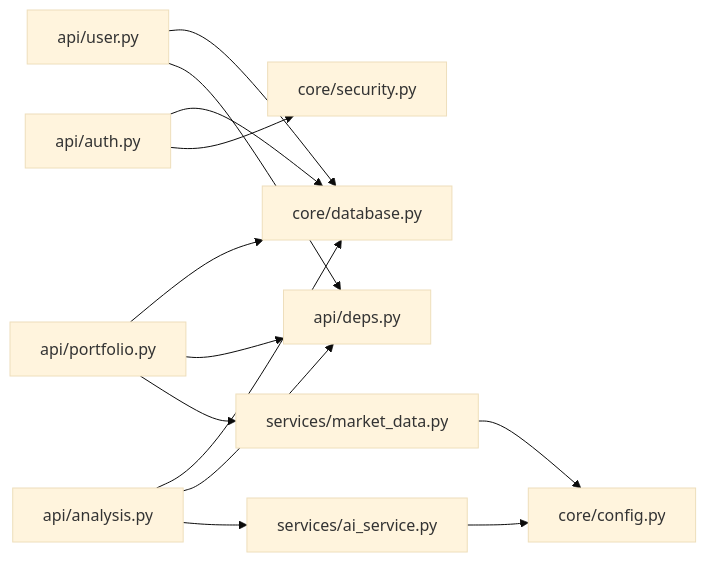
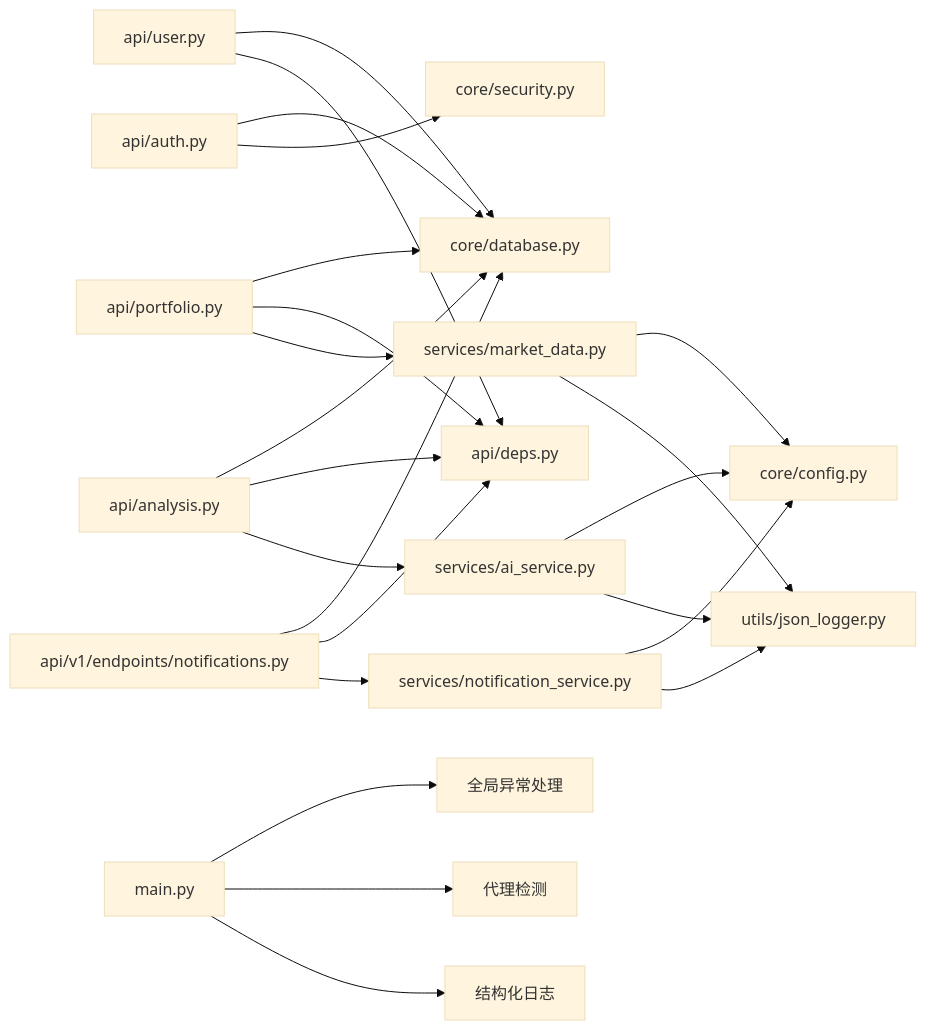
The tenth of 10 diagrams in .qoder/repowiki/zh/content/系统架构/后端架构.md (breeze-lyf/ai-stock-advisor), drawn with Mermaid (base theme) before and after one commit. The commit also changed other lines of this file and 52 other files, not shown here.

Commit message:
Remove Alpha Vantage provider, enhance Akshare with retry and forced proxy for reliable market data, and introduce user notification settings with corresponding database migrations and frontend updates.

````diff
--- a/.qoder/repowiki/zh/content/系统架构/后端架构.md
+++ b/.qoder/repowiki/zh/content/系统架构/后端架构.md
@@ -448,15 +601,25 @@
 ```mermaid
 graph LR
 APIAuth["api/auth.py"] --> DB["core/database.py"]
 APIUser["api/user.py"] --> DB
 APIPor["api/portfolio.py"] --> DB
 APIAna["api/analysis.py"] --> DB
+APINotif["api/v1/endpoints/notifications.py"] --> DB
 APIUser --> Deps["api/deps.py"]
 APIPor --> Deps
 APIAna --> Deps
+APINotif --> Deps
 APIAuth --> Sec["core/security.py"]
 APIAna --> AISvc["services/ai_service.py"]
 APIPor --> MDSvc["services/market_data.py"]
+APINotif --> NotifSvc["services/notification_service.py"]
 AISvc --> Cfg["core/config.py"]
 MDSvc --> Cfg
+NotifSvc --> Cfg
+AISvc --> JLog["utils/json_logger.py"]
+MDSvc --> JLog
+NotifSvc --> JLog
+Main["main.py"] --> GlobalEx["全局异常处理"]
+Main --> ProxyDetect["代理检测"]
+Main --> StructLog["结构化日志"]
 ```
````
